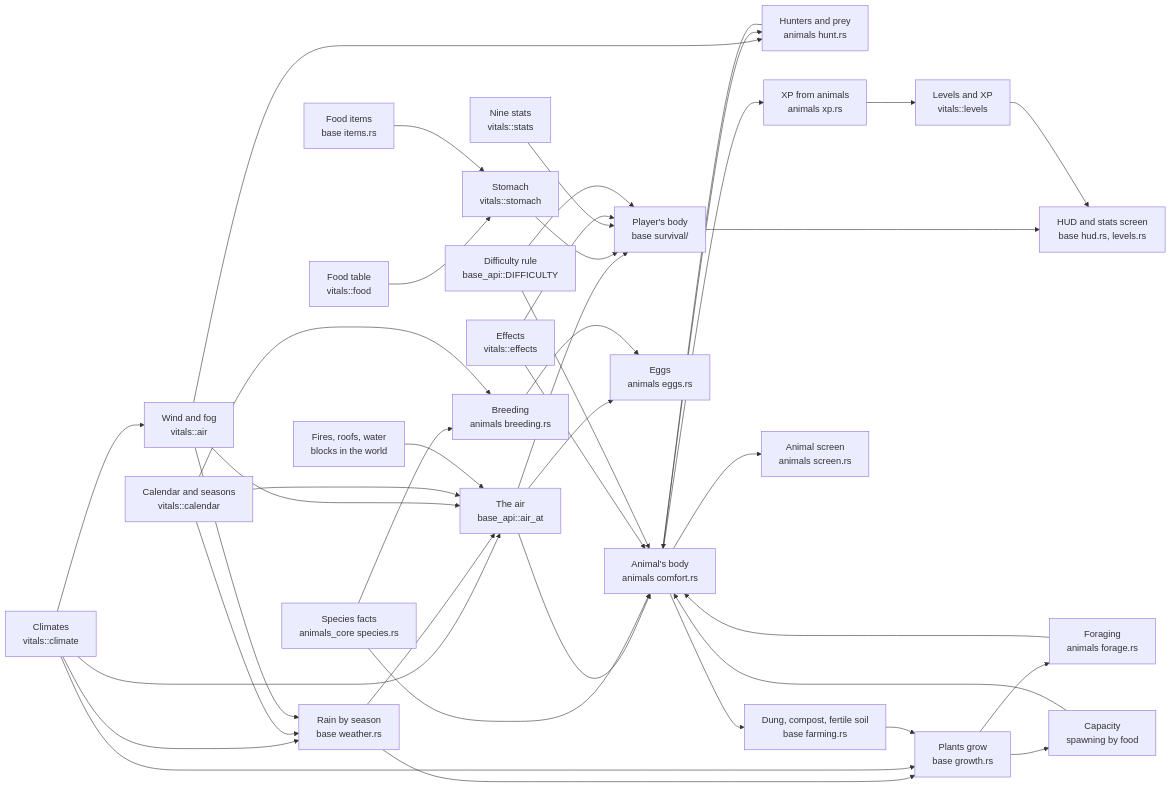
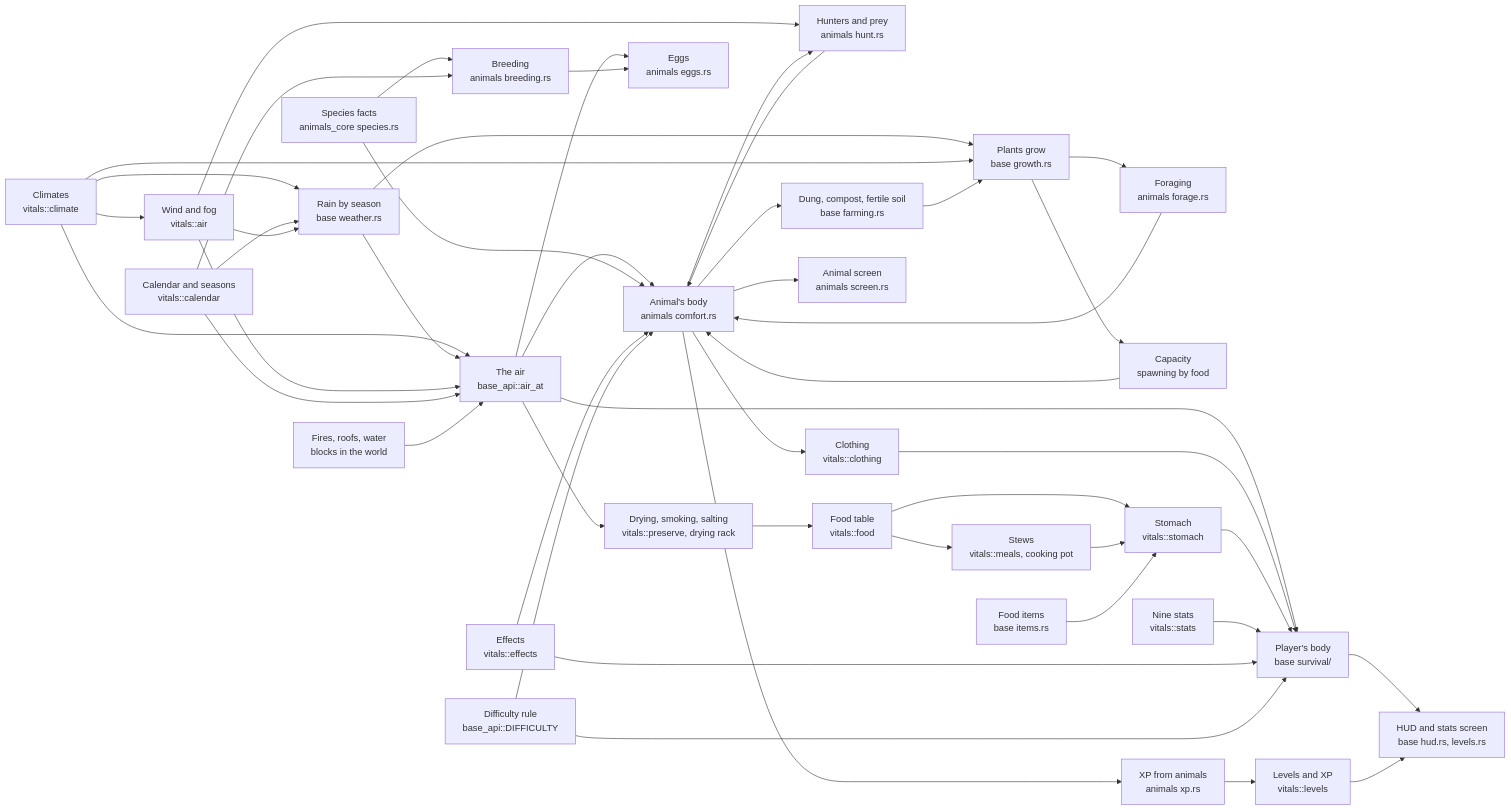
One commit to ronickg/chiacraft-weft changed the diagram in notes/SYSTEMS.md. Above: the diagram before and after it, drawn with Mermaid. The commit also changed other lines of this file and 72 other files, not shown here.

First line of the commit message:
Clothing, stews, drying, smoking and salting

````diff
--- a/notes/SYSTEMS.md
+++ b/notes/SYSTEMS.md
@@ -12,42 +12,46 @@
 ```mermaid
 flowchart LR
   climate["Climates<br/>vitals::climate"] --> air["The air<br/>base_api::air_at"]
   climate --> weather["Rain by season<br/>base weather.rs"]
   calendar --> weather
   weather --> air
   climate --> wind["Wind and fog<br/>vitals::air"]
   wind --> weather
   wind --> air
   wind --> hunting
   weather --> plants["Plants grow<br/>base growth.rs"]
   climate --> plants
   plants --> forage["Foraging<br/>animals forage.rs"]
   forage --> animal
   plants --> capacity["Capacity<br/>spawning by food"]
   animal --> hunting["Hunters and prey<br/>animals hunt.rs"]
   hunting --> animal
   animal --> soil["Dung, compost, fertile soil<br/>base farming.rs"]
   soil --> plants
   capacity --> animal
   calendar["Calendar and seasons<br/>vitals::calendar"] --> air
   fires["Fires, roofs, water<br/>blocks in the world"] --> air
   air --> player["Player's body<br/>base survival/"]
   air --> animal["Animal's body<br/>animals comfort.rs"]
   air --> eggs["Eggs<br/>animals eggs.rs"]
   food["Food table<br/>vitals::food"] --> stomach["Stomach<br/>vitals::stomach"]
+  food --> meals["Stews<br/>vitals::meals, cooking pot"] --> stomach
+  air --> preserve["Drying, smoking, salting<br/>vitals::preserve, drying rack"] --> food
+  animal --> clothing["Clothing<br/>vitals::clothing"]
+  clothing --> player
   items["Food items<br/>base items.rs"] --> stomach
   stomach --> player
   stats["Nine stats<br/>vitals::stats"] --> player
   species["Species facts<br/>animals_core species.rs"] --> animal
   species --> breeding["Breeding<br/>animals breeding.rs"]
   calendar --> breeding
   breeding --> eggs
   effects["Effects<br/>vitals::effects"] --> player
   effects --> animal
   difficulty["Difficulty rule<br/>base_api::DIFFICULTY"] --> player
   difficulty --> animal
   player --> hud["HUD and stats screen<br/>base hud.rs, levels.rs"]
   levels["Levels and XP<br/>vitals::levels"] --> hud
   animal --> xp["XP from animals<br/>animals xp.rs"] --> levels
   animal --> screen["Animal screen<br/>animals screen.rs"]
 ```
````
